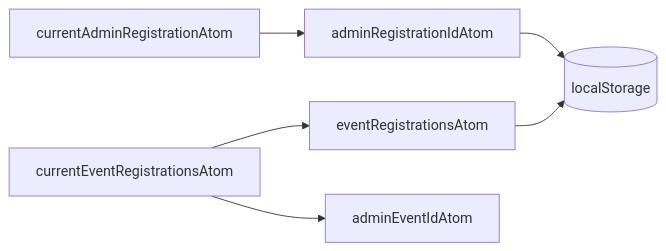
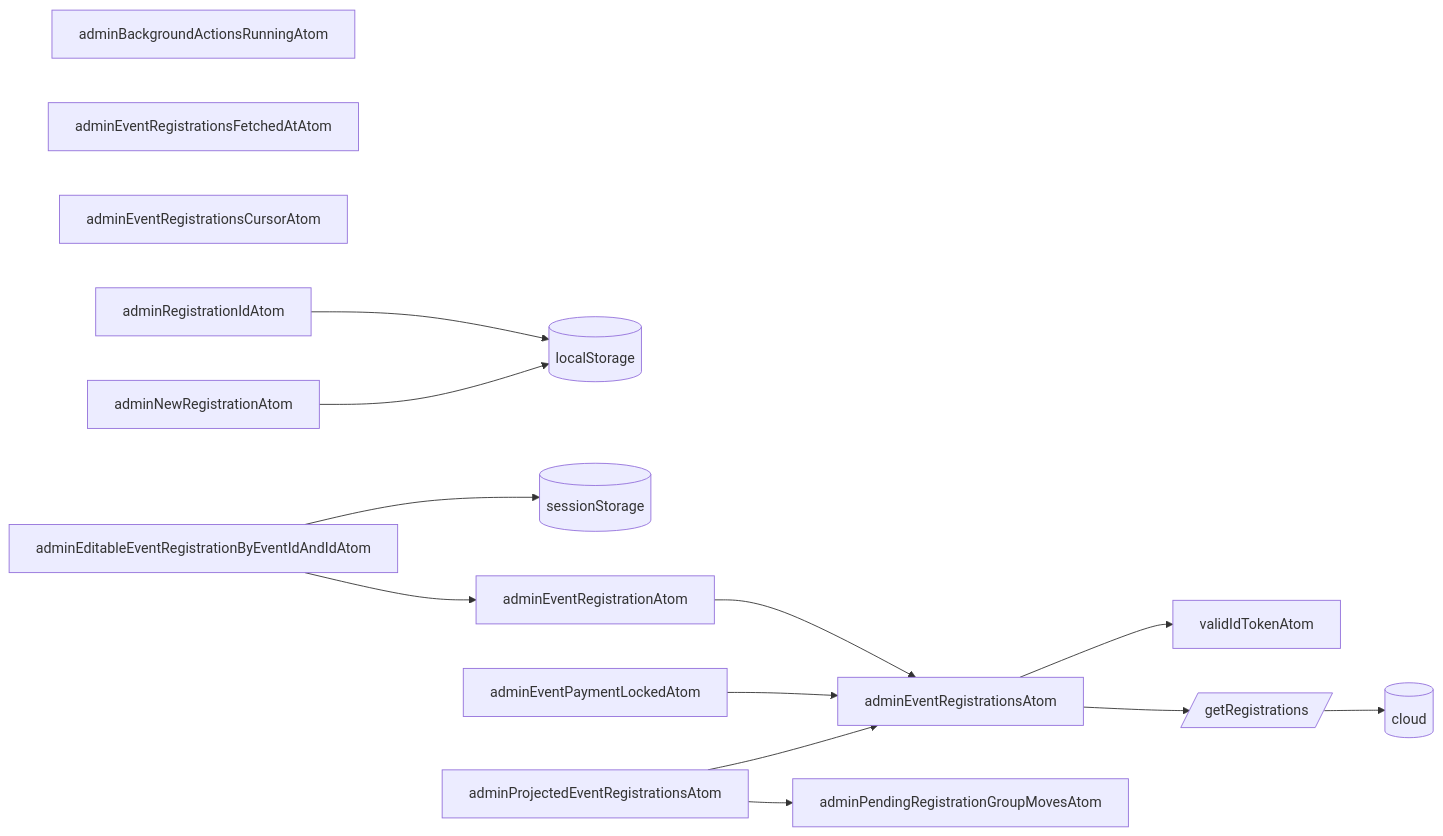
The fourth of 4 diagrams in src/pages/admin/state/README.md (koekalenteri/koekalenteri), drawn with Mermaid before and after one commit. The commit also changed other lines of this file, not shown here.

First line of the commit message:
docs(admin): redraw the officials, organizers and registrations state graphs

````diff
--- a/src/pages/admin/state/README.md
+++ b/src/pages/admin/state/README.md
@@ -122,12 +143,24 @@
 ```mermaid
 graph LR
+  adminEventRegistrationsAtom-->validIdTokenAtom
+  adminEventRegistrationsAtom-->getRegistrations[/getRegistrations/]-->aws
+  adminPendingRegistrationGroupMovesAtom
+  adminBackgroundActionsRunningAtom
+  adminEventRegistrationsFetchedAtAtom
+  adminEventRegistrationsCursorAtom
   adminRegistrationIdAtom-->localStorage
-  eventRegistrationsAtom-->localStorage
+  adminNewRegistrationAtom-->localStorage
 
   localStorage[(localStorage)]
+  sessionStorage[(sessionStorage)]
 
-  currentEventRegistrationsAtom-->adminEventIdAtom
-  currentEventRegistrationsAtom-->eventRegistrationsAtom
+  adminEventRegistrationAtom-->adminEventRegistrationsAtom
+  adminEventPaymentLockedAtom-->adminEventRegistrationsAtom
+  adminProjectedEventRegistrationsAtom-->adminEventRegistrationsAtom
+  adminProjectedEventRegistrationsAtom-->adminPendingRegistrationGroupMovesAtom
 
-  currentAdminRegistrationAtom-->adminRegistrationIdAtom
+  adminEditableEventRegistrationByEventIdAndIdAtom-->sessionStorage
+  adminEditableEventRegistrationByEventIdAndIdAtom-->adminEventRegistrationAtom
+
+  aws[(cloud)]
 ```
````
